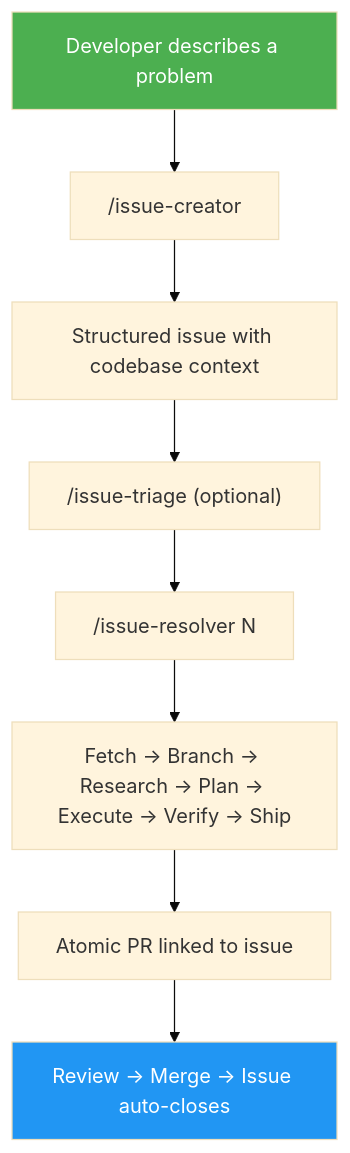
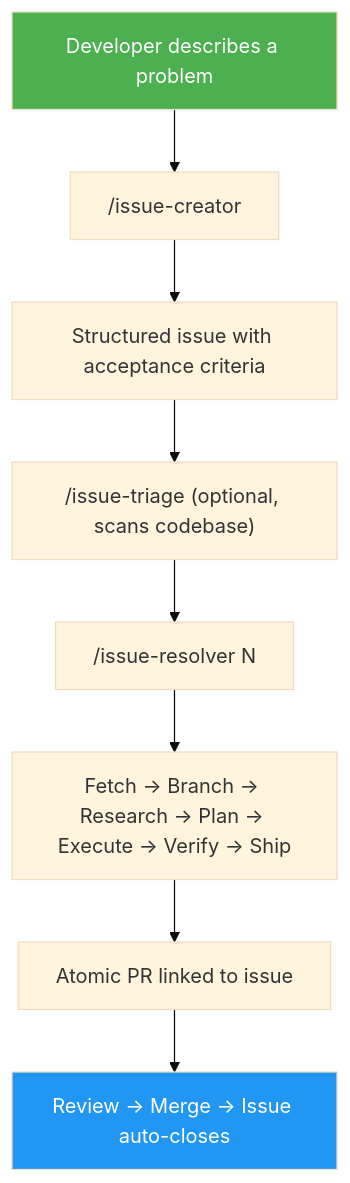
One commit to luongnv89/idd changed the diagram in README.md. Above: the diagram before and after it, drawn with Mermaid (base theme). The commit also changed other lines of this file and 19 other files, not shown here.

First line of the commit message:
refactor: lean issues architecture — remove codebase analysis from issues

````diff
--- a/README.md
+++ b/README.md
@@ -146,13 +145,13 @@
 ```mermaid
 graph TD
     A[Developer describes a problem] --> B["/issue-creator"]
-    B --> C[Structured issue with codebase context]
-    C --> D["/issue-triage (optional)"]
+    B --> C[Structured issue with acceptance criteria]
+    C --> D["/issue-triage (optional, scans codebase)"]
     D --> E["/issue-resolver N"]
     E --> F["Fetch → Branch → Research → Plan → Execute → Verify → Ship"]
     F --> G[Atomic PR linked to issue]
     G --> H["Review → Merge → Issue auto-closes"]
 
     style A fill:#4CAF50,color:#fff
     style H fill:#2196F3,color:#fff
 ```
````
